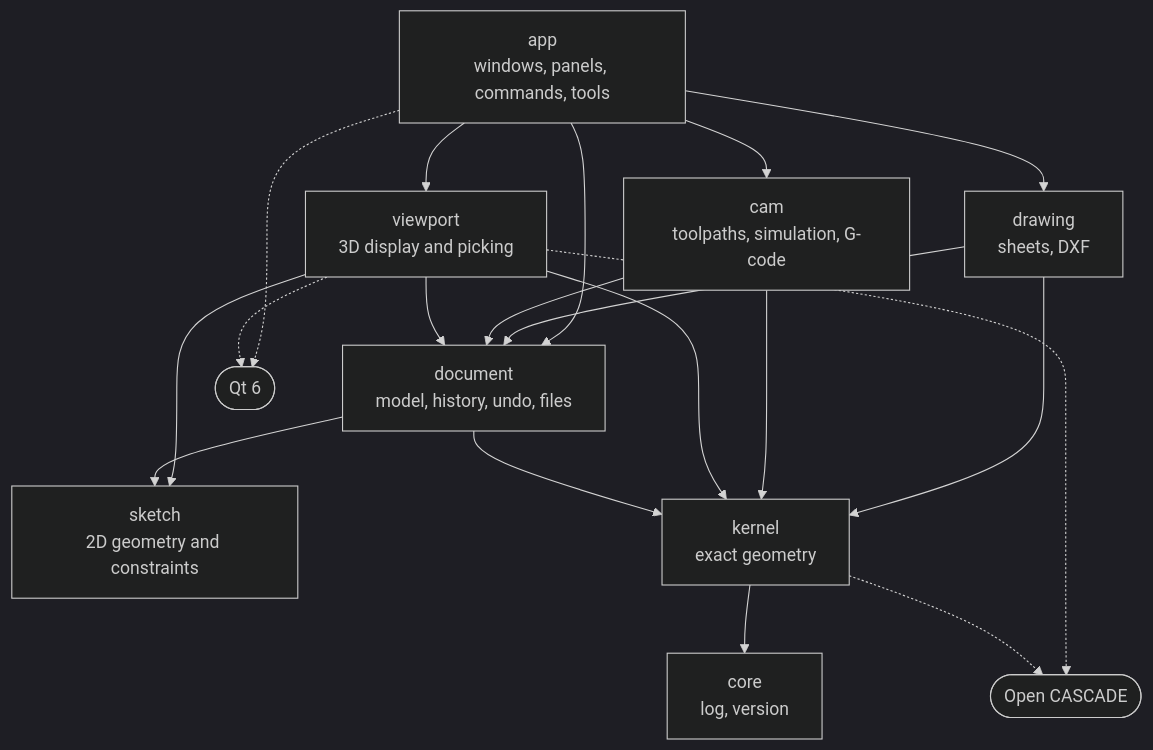
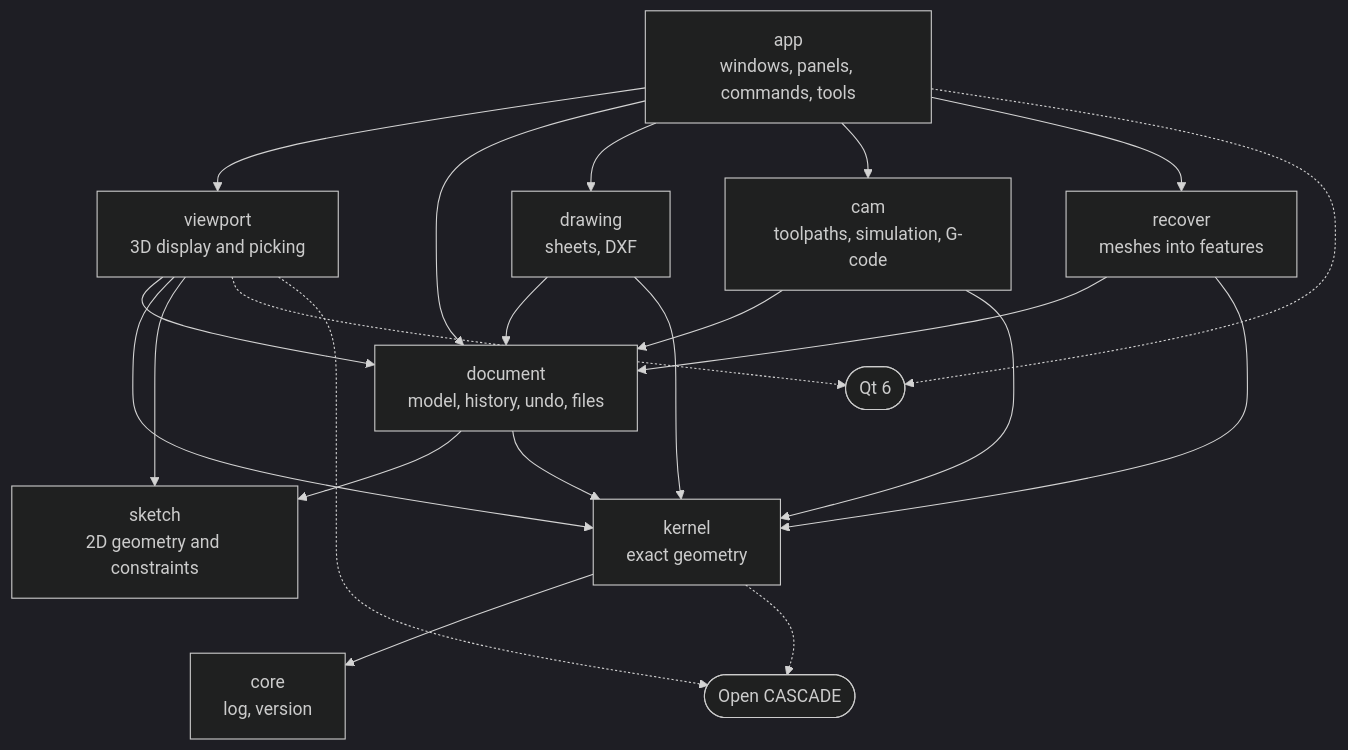
One commit to CheapAzHobbies/LCAD changed the diagram in docs/ARCHITECTURE.md. Above: the diagram before and after it, drawn with Mermaid (dark theme). The commit also changed other lines of this file and 10 other files, not shown here.

````diff
--- a/docs/ARCHITECTURE.md
+++ b/docs/ARCHITECTURE.md
@@ -44,32 +45,36 @@
 ```mermaid
 flowchart TD
     app["app<br/>windows, panels, commands, tools"]
     viewport["viewport<br/>3D display and picking"]
     document["document<br/>model, history, undo, files"]
     sketch["sketch<br/>2D geometry and constraints"]
     kernel["kernel<br/>exact geometry"]
     core["core<br/>log, version"]
     drawing["drawing<br/>sheets, DXF"]
     cam["cam<br/>toolpaths, simulation, G-code"]
+    recover["recover<br/>meshes into features"]
     qt(["Qt 6"])
     occt(["Open CASCADE"])
 
     app --> viewport
     app --> document
     app --> drawing
     app --> cam
+    app --> recover
+    recover --> document
+    recover --> kernel
     drawing --> document
     drawing --> kernel
     cam --> document
     cam --> kernel
     viewport --> document
     viewport --> kernel
     viewport --> sketch
     document --> sketch
     document --> kernel
     kernel --> core
     app -.-> qt
     viewport -.-> qt
     viewport -.-> occt
     kernel -.-> occt
 ```
````
